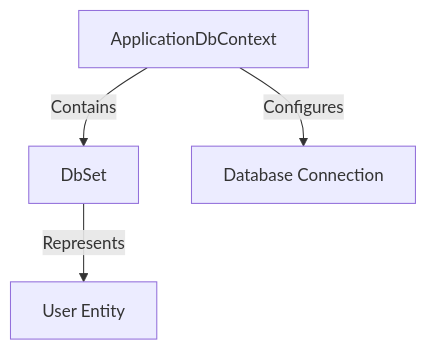
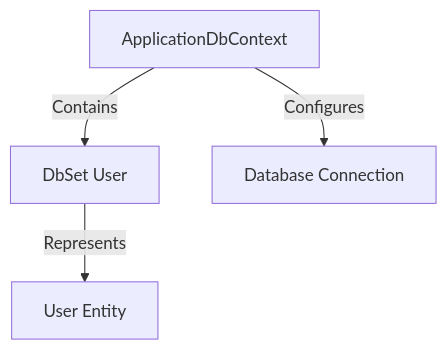
The third of 9 diagrams in content/post/2024/2024-09-09-entity-framework/index.md (42jerrykim/42jerrykim.github.io), drawn with Mermaid before and after one commit. The commit also changed other lines of this file and 239 other files, not shown here.

````diff
--- a/content/post/2024/2024-09-09-entity-framework/index.md
+++ b/content/post/2024/2024-09-09-entity-framework/index.md
@@ -289,6 +229,10 @@
 ```mermaid
-graph TD;
-    A[ApplicationDbContext] -->|Contains| B[DbSet<User>]
-    A -->|Configures| C[Database Connection]
-    B -->|Represents| D[User Entity]
-``` 
+graph TD
+    AppDbCtx["ApplicationDbContext"]
+    DbSetUser["DbSet User"]
+    DbConn["Database Connection"]
+    UserEntity["User Entity"]
+    AppDbCtx -->|"Contains"| DbSetUser
+    AppDbCtx -->|"Configures"| DbConn
+    DbSetUser -->|"Represents"| UserEntity
+```
````
